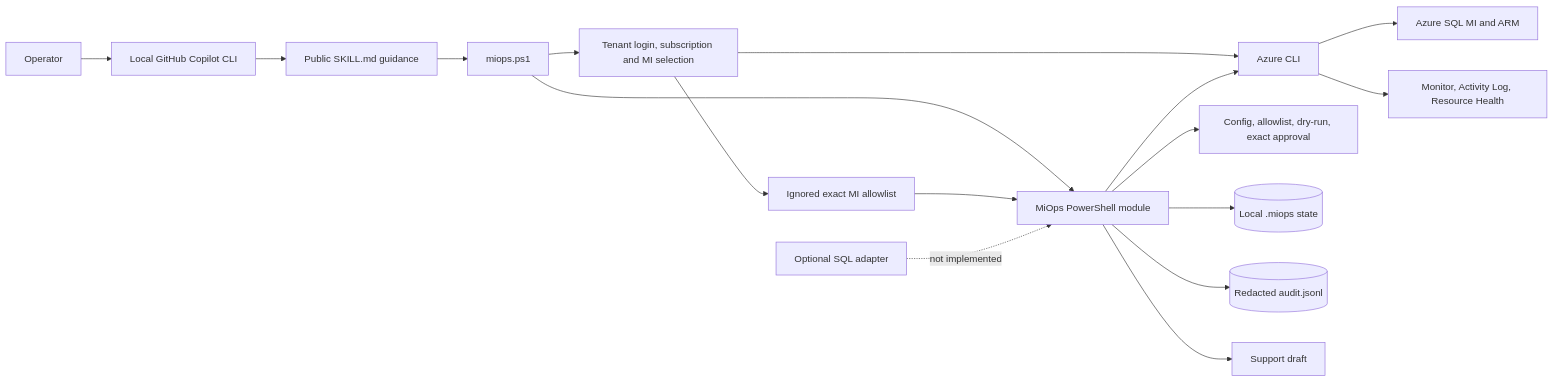
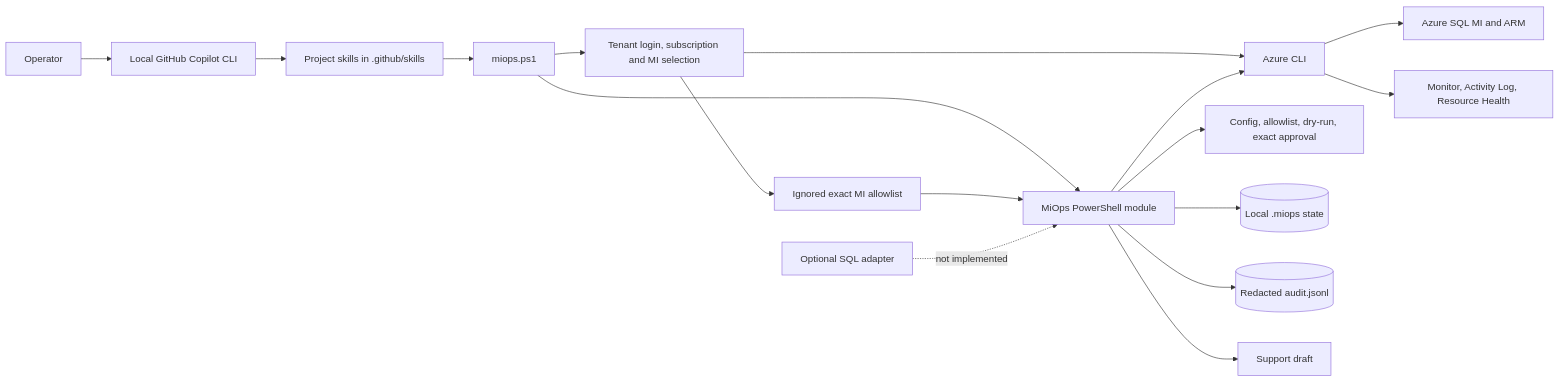
Before and after one commit to lduanmsft/azure-sqlops: the first of 2 diagrams in docs/architecture.md, drawn with Mermaid. The commit also changed other lines of this file and 24 other files, not shown here.

First line of the commit message:
Add project-scoped Copilot skills

````diff
--- a/docs/architecture.md
+++ b/docs/architecture.md
@@ -7,19 +7,19 @@
 ```mermaid
 flowchart LR
     Operator[Operator] --> Copilot[Local GitHub Copilot CLI]
-    Copilot --> Skills[Public SKILL.md guidance]
+    Copilot --> Skills[Project skills in .github/skills]
     Skills --> Script[miops.ps1]
     Script --> Setup[Tenant login, subscription and MI selection]
     Script --> Module[MiOps PowerShell module]
     Setup --> Az
     Setup --> LocalConfig[Ignored exact MI allowlist]
     LocalConfig --> Module
     Module --> Policy[Config, allowlist, dry-run, exact approval]
     Module --> Az[Azure CLI]
     Az --> ARM[Azure SQL MI and ARM]
     Az --> Monitor[Monitor, Activity Log, Resource Health]
     Module --> State[(Local .miops state)]
     Module --> Audit[(Redacted audit.jsonl)]
     Module --> Draft[Support draft]
     SQL[Optional SQL adapter] -. not implemented .-> Module
 ```
````
